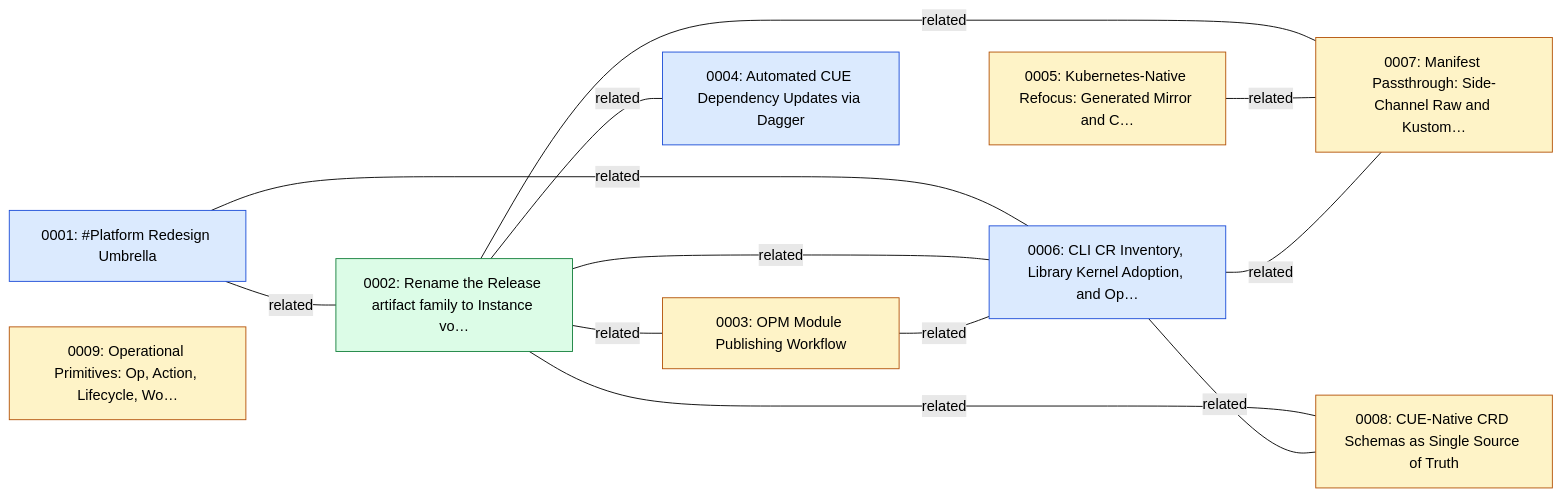
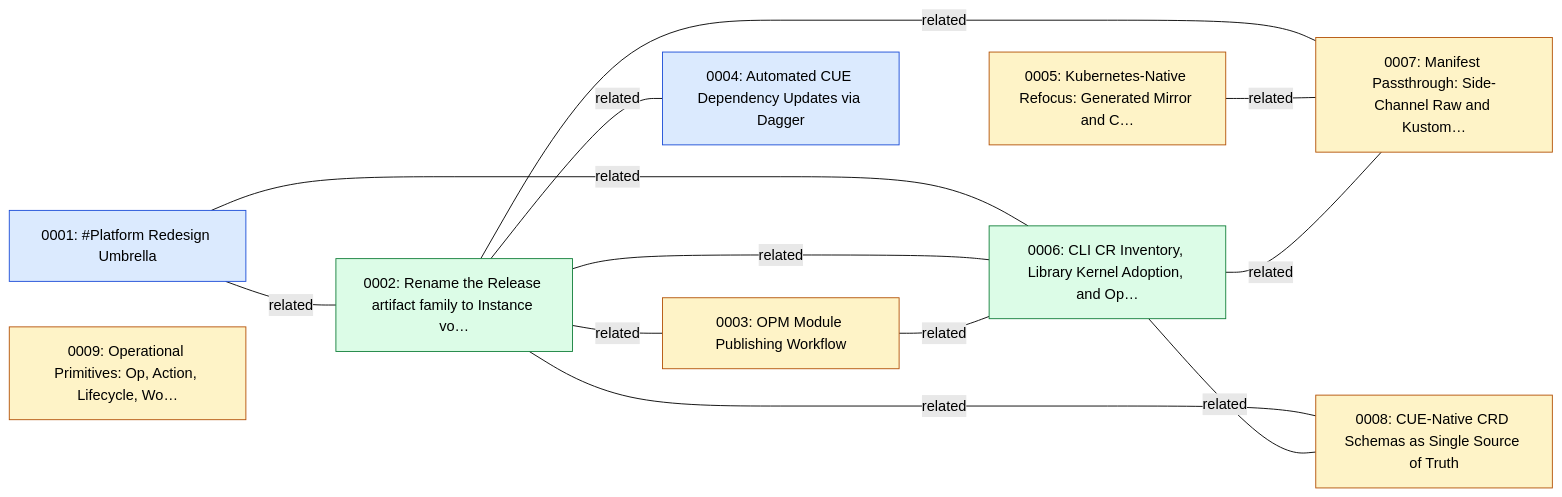
One commit to open-platform-model/enhancements changed the first of 2 diagrams in GRAPH.md. Above: the diagram before and after it, drawn with Mermaid (forest theme). The commit also changed 6 other files, not shown here.

````diff
--- a/GRAPH.md
+++ b/GRAPH.md
@@ -5,30 +5,30 @@
 ```mermaid
 graph LR
   classDef draft       fill:#fef3c7,stroke:#b45309,color:#000
   classDef accepted    fill:#dbeafe,stroke:#1d4ed8,color:#000
   classDef implemented fill:#dcfce7,stroke:#15803d,color:#000
   classDef superseded  fill:#e5e7eb,stroke:#6b7280,color:#6b7280
   classDef legacy      fill:#fafafa,stroke:#9ca3af,color:#6b7280,stroke-dasharray:3 3
 
   N0001["0001: #Platform Redesign Umbrella"]:::accepted
   N0002["0002: Rename the Release artifact family to Instance vo…"]:::implemented
   N0003["0003: OPM Module Publishing Workflow"]:::draft
   N0004["0004: Automated CUE Dependency Updates via Dagger"]:::accepted
   N0005["0005: Kubernetes-Native Refocus: Generated Mirror and C…"]:::draft
-  N0006["0006: CLI CR Inventory, Library Kernel Adoption, and Op…"]:::accepted
+  N0006["0006: CLI CR Inventory, Library Kernel Adoption, and Op…"]:::implemented
   N0007["0007: Manifest Passthrough: Side-Channel Raw and Kustom…"]:::draft
   N0008["0008: CUE-Native CRD Schemas as Single Source of Truth"]:::draft
   N0009["0009: Operational Primitives: Op, Action, Lifecycle, Wo…"]:::draft
 
   N0001 ---|related| N0002
   N0001 ---|related| N0006
   N0002 ---|related| N0003
   N0002 ---|related| N0004
   N0002 ---|related| N0006
   N0002 ---|related| N0007
   N0002 ---|related| N0008
   N0003 ---|related| N0006
   N0005 ---|related| N0007
   N0006 ---|related| N0007
   N0006 ---|related| N0008
 ```
````
